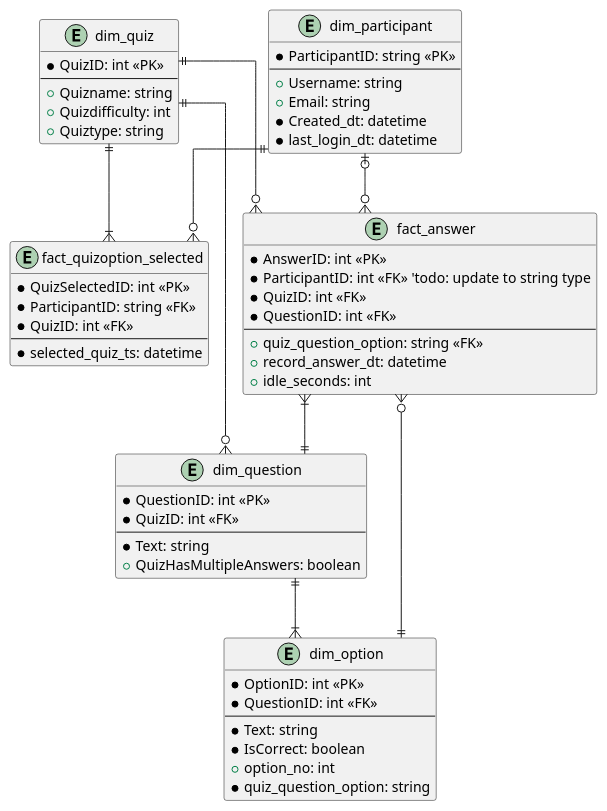
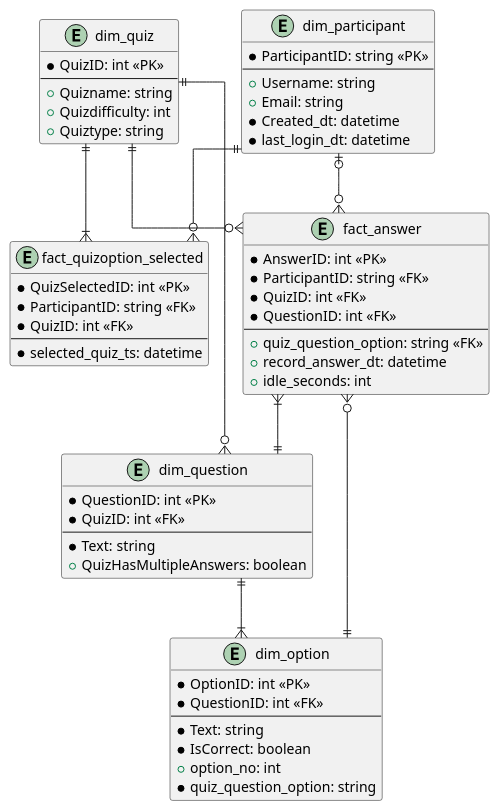
Before and after one commit to lydnguyen/StudyBuddy: the diagram in database_ddl/ER_diagram.puml, drawn with PlantUML. The commit also changed 1 other file, not shown here.

```diff
--- a/database_ddl/ER_diagram.puml
+++ b/database_ddl/ER_diagram.puml
@@ -1,70 +1,70 @@
 @startuml
 'reference https://plantuml.com/ie-diagram
 ' avoid problems with angled crows feet
 skinparam linetype ortho
 
 entity dim_participant {
   *ParticipantID: string <<PK>>
   --
   +Username: string
   +Email: string
   *Created_dt: datetime
   *last_login_dt: datetime
 }
 
 entity dim_quiz {
   *QuizID: int <<PK>>
   --
   +Quizname: string
   +Quizdifficulty: int
   +Quiztype: string
 }
 
 entity dim_question {
   *QuestionID: int <<PK>>
   *QuizID: int <<FK>>
   --
   *Text: string
   +QuizHasMultipleAnswers: boolean
 }
 
 entity dim_option {
   *OptionID: int <<PK>>
   *QuestionID: int <<FK>>
   --
   *Text: string
   *IsCorrect: boolean
   +option_no: int
   *quiz_question_option: string
 }
 
 entity fact_answer {
   *AnswerID: int <<PK>>
-  *ParticipantID: int <<FK>> 'todo: update to string type
+  *ParticipantID: string <<FK>>
   *QuizID: int <<FK>>
   *QuestionID: int <<FK>>
   --
   +quiz_question_option: string <<FK>>
   +record_answer_dt: datetime
   +idle_seconds: int
 }
 
 entity fact_quizoption_selected {
   *QuizSelectedID: int <<PK>>
   *ParticipantID: string <<FK>>
   *QuizID: int <<FK>>
   --
   *selected_quiz_ts: datetime
 }
 
 
 dim_quiz ||--o{ dim_question
 dim_quiz ||--o{ fact_answer
 dim_quiz ||--|{ fact_quizoption_selected
 dim_question ||--|{ dim_option
 dim_participant |o--o{ fact_answer
 dim_participant ||--o{ fact_quizoption_selected
 fact_answer }|--|| dim_question
 fact_answer }o--|| dim_option
 
 @enduml
```
